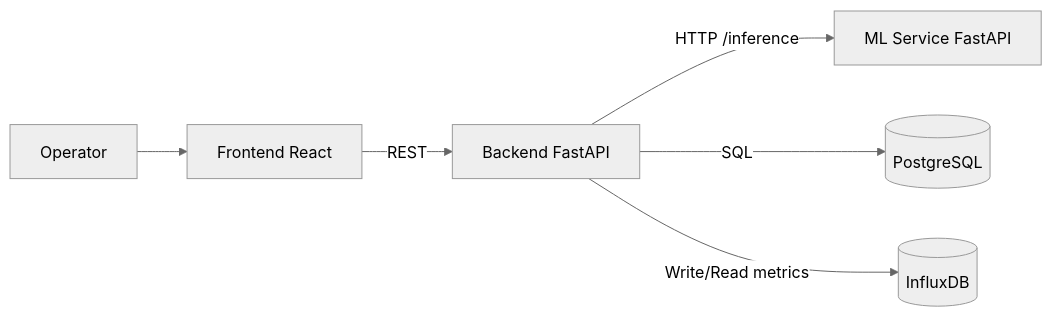
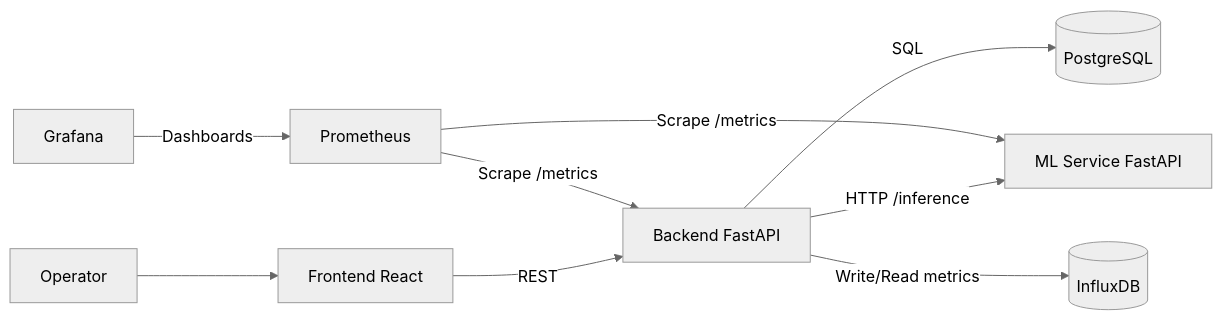
One commit to Ovoshchko/DevOps changed the first of 3 diagrams in README.md. Above: the diagram before and after it, drawn with Mermaid (neutral theme). The commit also changed other lines of this file and 22 other files, not shown here.

````diff
--- a/README.md
+++ b/README.md
@@ -17,8 +19,11 @@
 ```mermaid
 flowchart LR
     U[Operator] --> FE[Frontend React]
     FE -->|REST| BE[Backend FastAPI]
     BE -->|HTTP /inference| ML[ML Service FastAPI]
     BE -->|SQL| PG[(PostgreSQL)]
     BE -->|Write/Read metrics| IFX[(InfluxDB)]
+    PR[Prometheus] -->|Scrape /metrics| BE
+    PR -->|Scrape /metrics| ML
+    GF[Grafana] -->|Dashboards| PR
 ```
````
